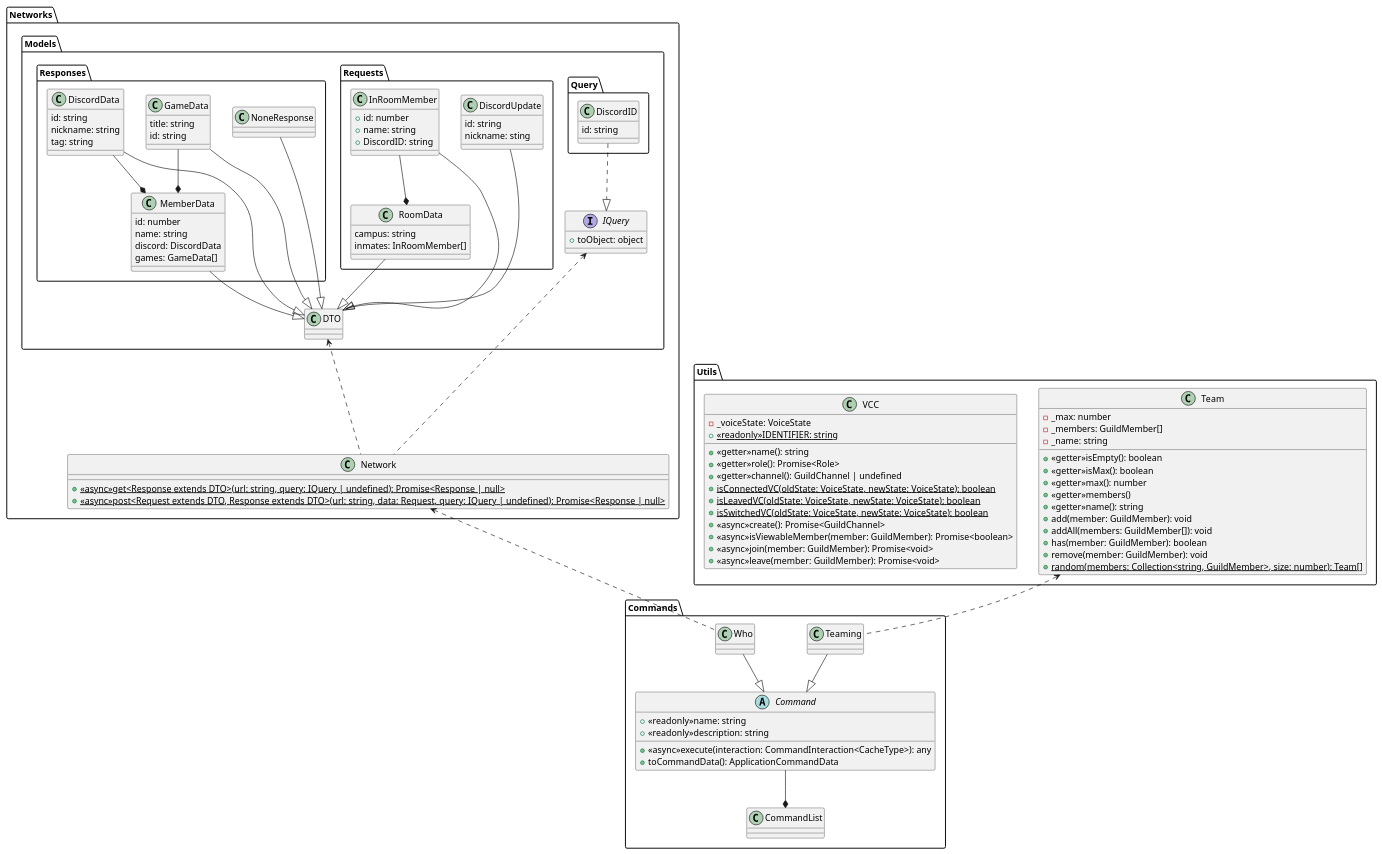
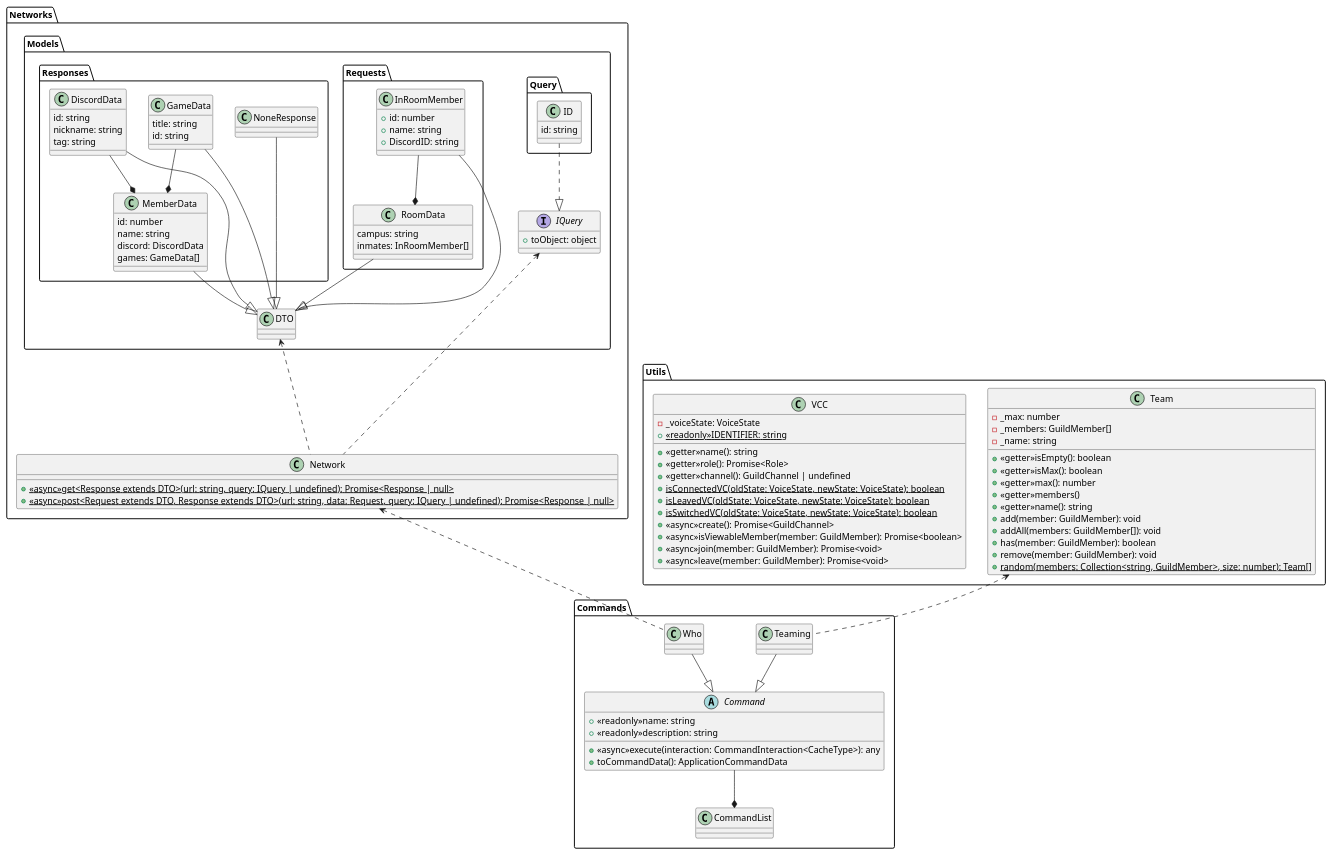
The diagram in classDiaglam.pu (nmskm240/Discord-bot), drawn with PlantUML before and after one commit. The commit also changed 7 other files, not shown here.

```diff
--- a/classDiaglam.pu
+++ b/classDiaglam.pu
@@ -1,149 +1,142 @@
 @startuml Discord-bot
 
 package Commands
 {
     abstract class Command
     {
         +<<readonly>>name: string
         +<<readonly>>description: string
         +<<async>>execute(interaction: CommandInteraction<CacheType>): any
         +toCommandData(): ApplicationCommandData
     }
     class CommandList
     class Teaming
     class Who
 }
 
 package Networks
 {
     package Models
     {
         package Query
         {
-            class DiscordID
+            class ID
             {
                 id: string
             }
         }
 
         package Requests
         {
-            class DiscordUpdate
-            {
-                id: string
-                nickname: sting
-            }
-
             class InRoomMember
             {
                 +id: number
                 +name: string
                 +DiscordID: string
             }
 
             class RoomData
             {
                 campus: string
                 inmates: InRoomMember[]
             }
         }
 
         package Responses
         {
             class DiscordData
             {
                 id: string
                 nickname: string
                 tag: string
             }
 
             class GameData
             {
                 title: string
                 id: string
             }
 
             class MemberData
             {
                 id: number
                 name: string
                 discord: DiscordData
                 games: GameData[]
             }
 
             class NoneResponse
         }
         class DTO
         interface IQuery
         {
             +toObject: object
         }
     }
 
     class Network
     {
         +<<async>>{static}get<Response extends DTO>(url: string, query: IQuery | undefined): Promise<Response | null>
         +<<async>>{static}post<Request extends DTO, Response extends DTO>(url: string, data: Request, query: IQuery | undefined): Promise<Response | null>
     }
 }
 
 package Utils
 {
     class Team
     {
         -_max: number
         -_members: GuildMember[]
         -_name: string
         +<<getter>>isEmpty(): boolean
         +<<getter>>isMax(): boolean
         +<<getter>>max(): number
         +<<getter>>members()
         +<<getter>>name(): string
         +add(member: GuildMember): void
         +addAll(members: GuildMember[]): void
         +has(member: GuildMember): boolean
         +remove(member: GuildMember): void
         +{static}random(members: Collection<string, GuildMember>, size: number): Team[]
     }
 
     class VCC
     {
         -_voiceState: VoiceState
         +<<getter>>name(): string
         +<<getter>>role(): Promise<Role>
         +<<getter>>channel(): GuildChannel | undefined
         +<<readonly>>{static}IDENTIFIER: string
         +{static}isConnectedVC(oldState: VoiceState, newState: VoiceState): boolean
         +{static}isLeavedVC(oldState: VoiceState, newState: VoiceState): boolean
         +{static}isSwitchedVC(oldState: VoiceState, newState: VoiceState): boolean
         +<<async>>create(): Promise<GuildChannel>
         +<<async>>isViewableMember(member: GuildMember): Promise<boolean>
         +<<async>>join(member: GuildMember): Promise<void>
         +<<async>>leave(member: GuildMember): Promise<void>
     }
 }
 
 Teaming --|> Command
 Who --|> Command
 
-DiscordUpdate --|> DTO
 InRoomMember --|> DTO
 RoomData --|> DTO
 DiscordData --|> DTO
 GameData --|> DTO
 MemberData --|> DTO
 NoneResponse --|> DTO
 
-DiscordID ..|> IQuery
+ID ..|> IQuery
 
 Command --* CommandList
 InRoomMember --* RoomData
 GameData --* MemberData
 DiscordData --* MemberData
 
 Teaming .up.> Team
 Who .up.> Network
 Network .up.> IQuery
 Network .up.> DTO
 
 @enduml
```
